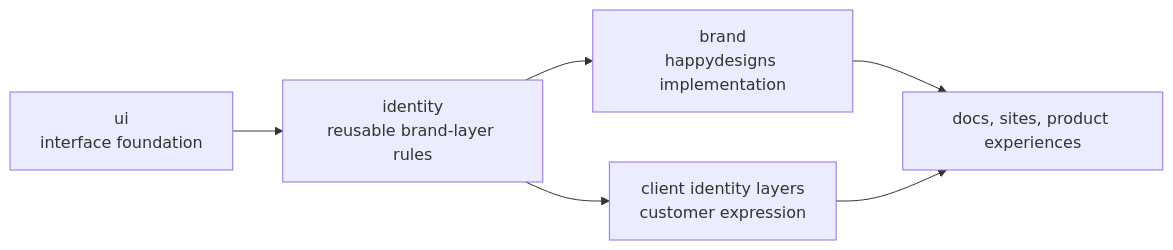
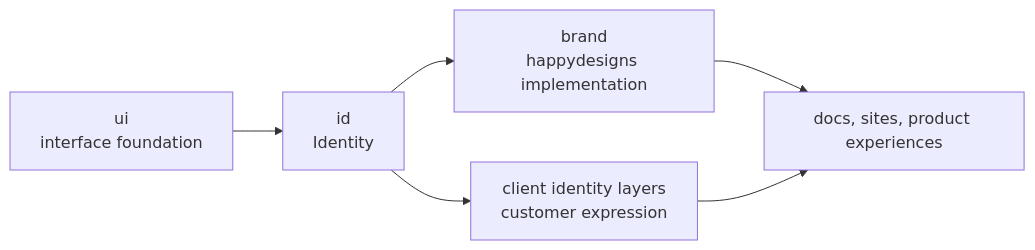
The diagram in content/en/4.identity/1.identity-scope.md (happydesigns/docs), drawn with Mermaid before and after one commit. The commit also changed other lines of this file and 12 other files, not shown here.

````diff
--- a/content/en/4.identity/1.identity-scope.md
+++ b/content/en/4.identity/1.identity-scope.md
@@ -17,8 +17,8 @@
 ```mermaid
 flowchart LR
-  UI["ui<br/>interface foundation"] --> Identity["identity<br/>reusable brand-layer rules"]
+  UI["ui<br/>interface foundation"] --> Identity["id<br/>Identity"]
   Identity --> Brand["brand<br/>happydesigns implementation"]
   Identity --> Client["client identity layers<br/>customer expression"]
   Brand --> Projects["docs, sites, product experiences"]
   Client --> Projects
 ```
````
